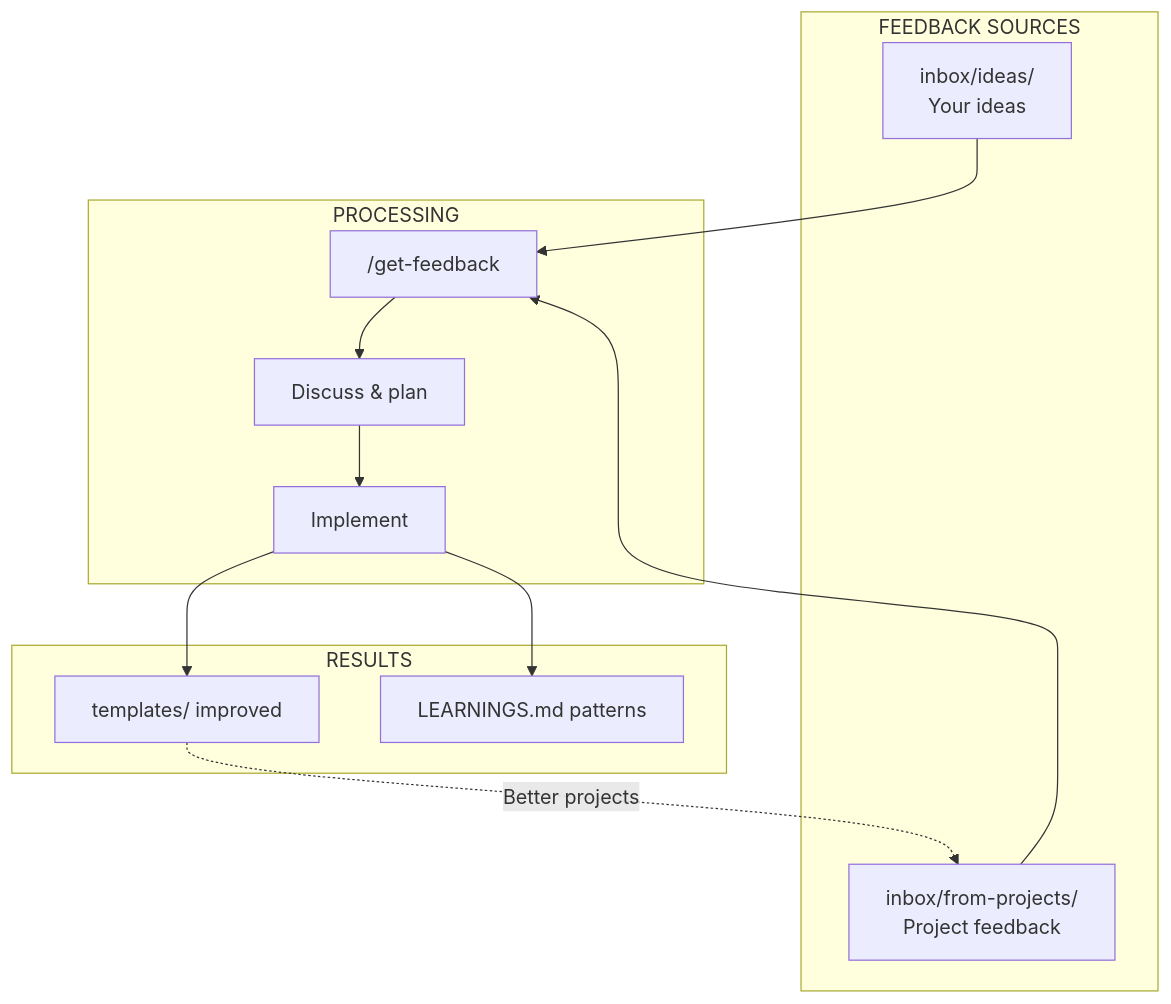
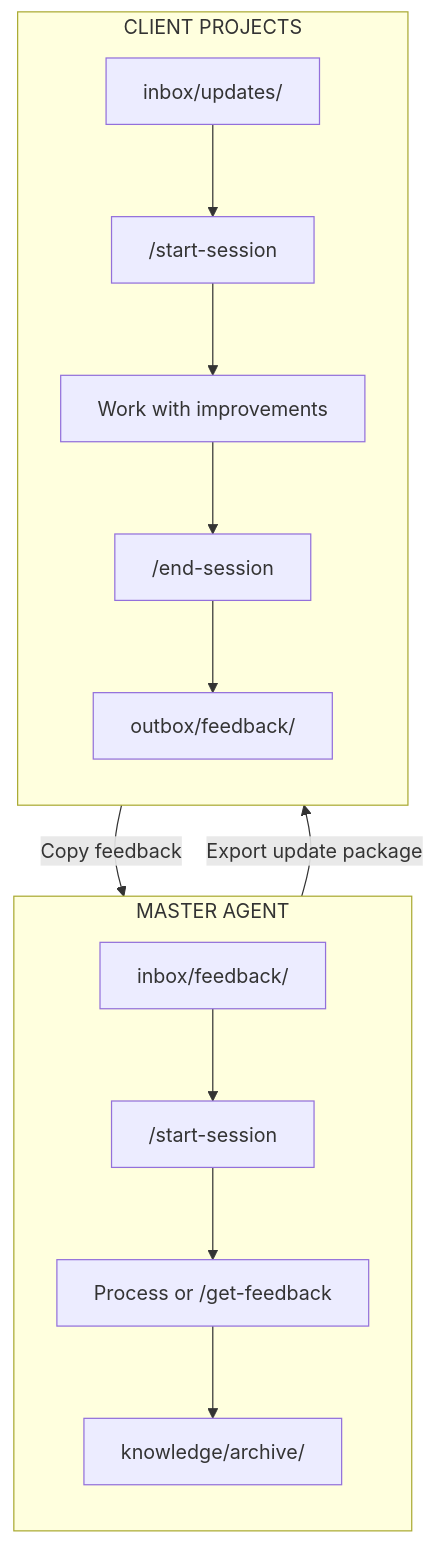
Before and after one commit to Squared-Lemons/Squared-Agent: diagram 14 of 14 in README.md, drawn with Mermaid. The commit also changed other lines of this file and 38 other files, not shown here.

````diff
--- a/README.md
+++ b/README.md
@@ -625,26 +815,29 @@
 ```mermaid
 flowchart TB
-    subgraph Input["FEEDBACK SOURCES"]
-        A["inbox/ideas/<br/>Your ideas"]
-        B["inbox/from-projects/<br/>Project feedback"]
+    subgraph Master["MASTER AGENT"]
+        direction TB
+        A["inbox/feedback/"]
+        B["/start-session"]
+        C["Process or /get-feedback"]
+        D["knowledge/archive/"]
     end
 
-    subgraph Process["PROCESSING"]
-        C["/get-feedback"]
-        D["Discuss & plan"]
-        E["Implement"]
+    subgraph Client["CLIENT PROJECTS"]
+        direction TB
+        E["inbox/updates/"]
+        F["/start-session"]
+        G["Work with improvements"]
+        H["/end-session"]
+        I["outbox/feedback/"]
     end
 
-    subgraph Output["RESULTS"]
-        F["templates/ improved"]
-        G["LEARNINGS.md patterns"]
-    end
-
-    A --> C
+    A --> B
     B --> C
     C --> D
-    D --> E
+    C -->|"Export update package"| E
     E --> F
-    E --> G
-    F -.->|"Better projects"| B
+    F --> G
+    G --> H
+    H --> I
+    I -->|"Copy feedback"| A
 ```
````
